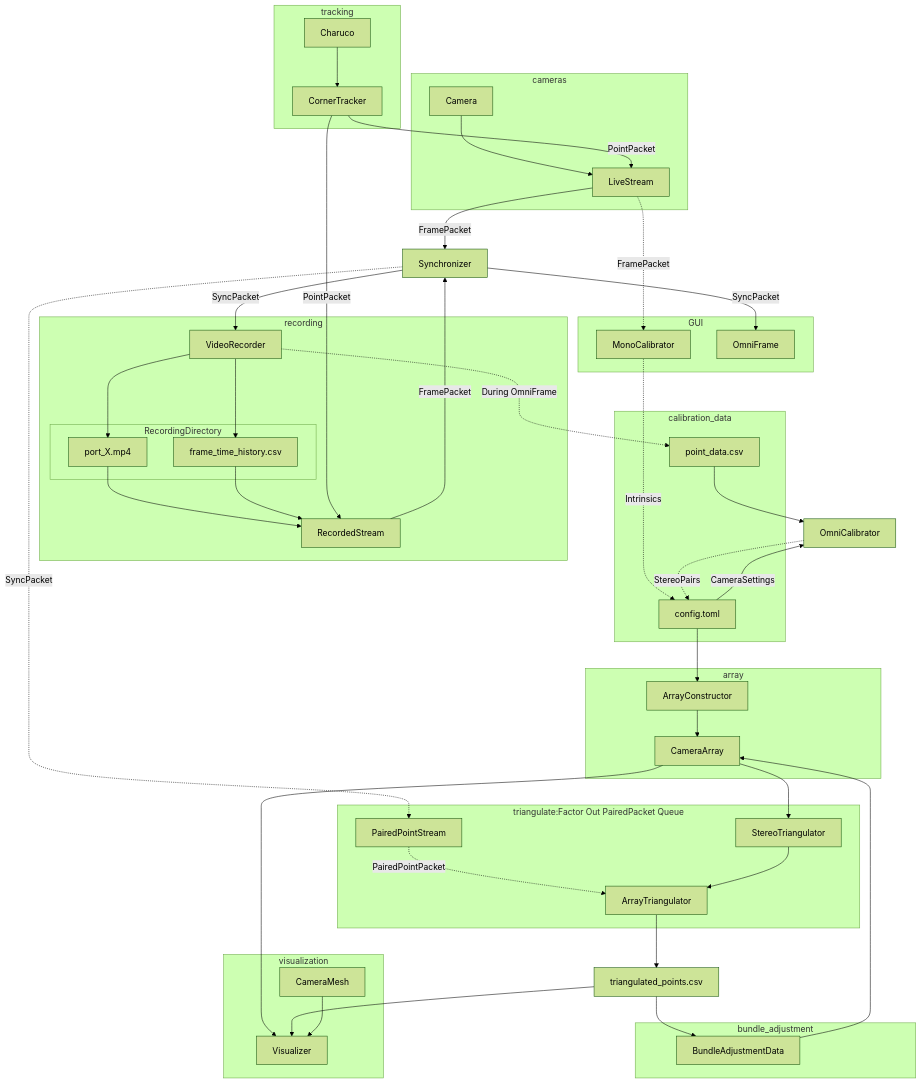
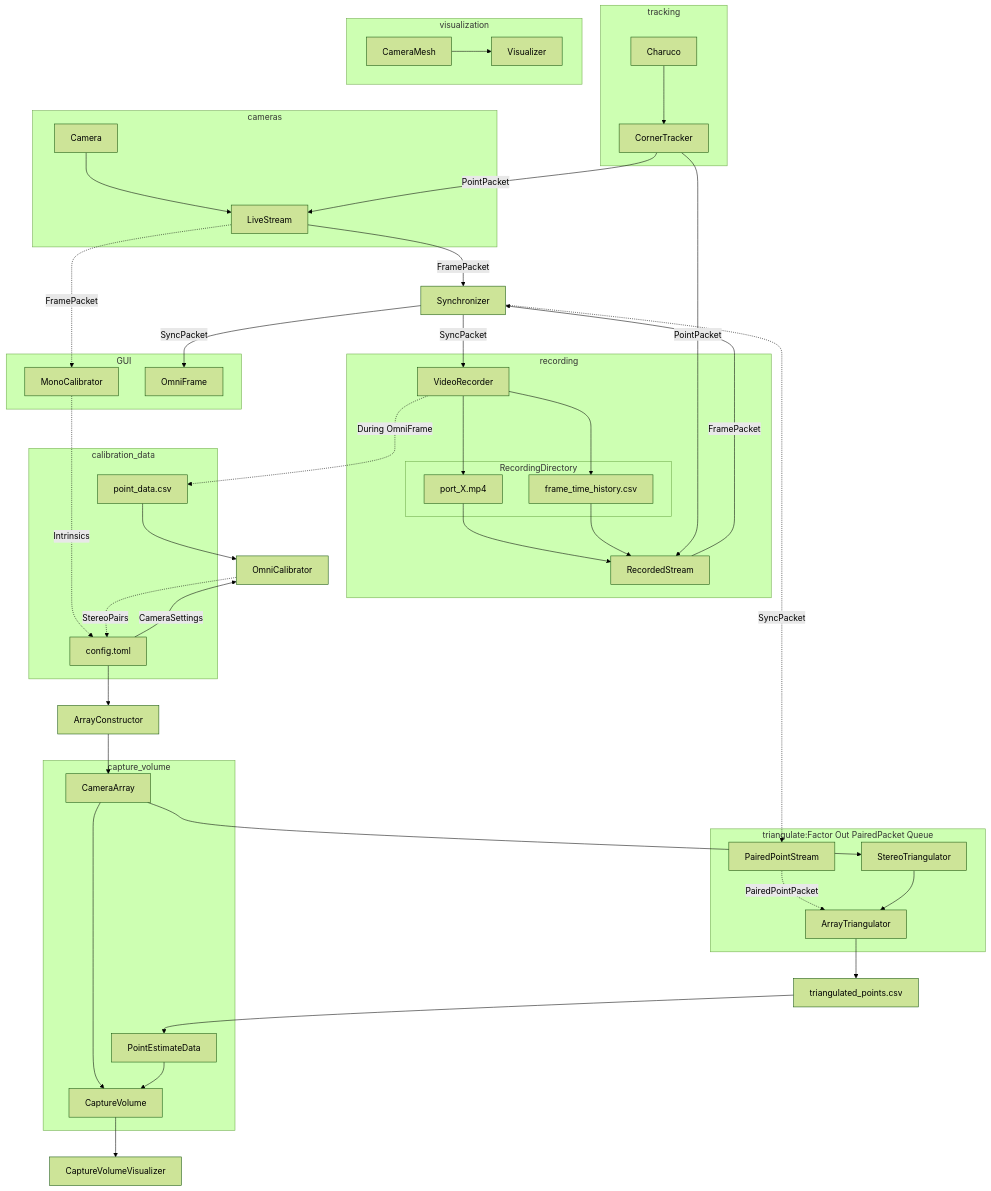
The diagram in README.md (mprib/caliscope), drawn with Mermaid (forest theme) before and after one commit.

Commit message:
reflect most recent branch development

```diff
--- a/README.md
+++ b/README.md
@@ -68,12 +68,9 @@
 
 CornerTracker --PointPacket--> RecordedStream
 
-subgraph array
-    config.toml --> ArrayConstructor
-    ArrayConstructor --> CameraArray
-end
+ArrayConstructor --> CameraArray
+config.toml --> ArrayConstructor
 
-CameraArray --> Visualizer
 CameraArray --> StereoTriangulator
 Synchronizer -.SyncPacket.-> PairedPointStream
 
@@ -84,13 +81,15 @@
 
 StereoTriangulator --> ArrayTriangulator
 ArrayTriangulator --> triangulated_points.csv
-triangulated_points.csv --> Visualizer
+CaptureVolume --> CaptureVolumeVisualizer
 
-triangulated_points.csv --> BundleAdjustmentData
+triangulated_points.csv --> PointEstimateData
 
-subgraph bundle_adjustment
-BundleAdjustmentData --> CameraArray
+subgraph capture_volume
+CameraArray --> CaptureVolume
+PointEstimateData --> CaptureVolume
 
+CaptureVolume
 end
 
 
```
